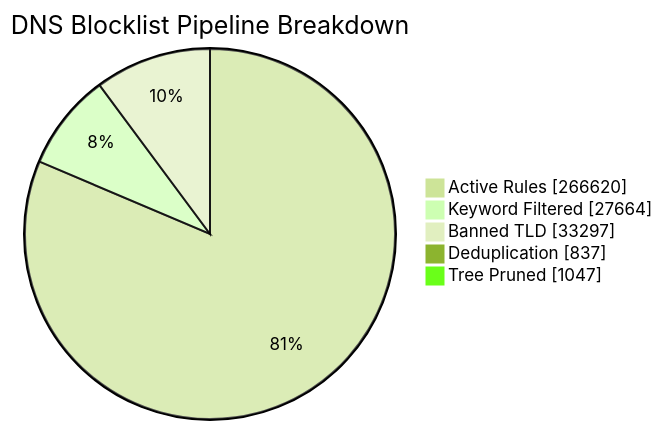
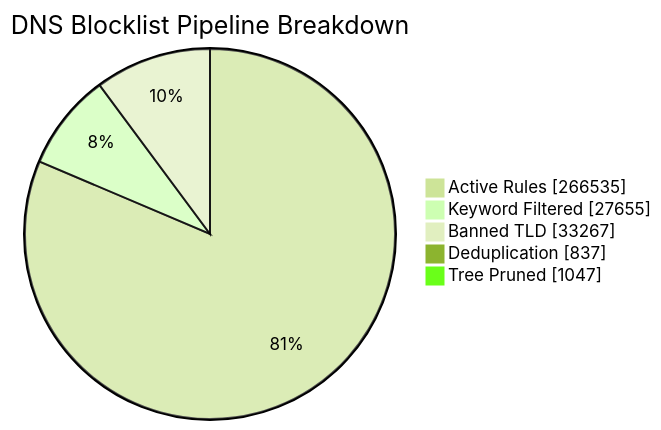
One commit to brojangles24/Cloudflare-ZeroTrust-AdBlock changed the first of 6 diagrams in README_STATS.md. Above: the diagram before and after it, drawn with Mermaid (forest theme). The commit also changed other lines of this file and 1 other file, not shown here.

````diff
--- a/README_STATS.md
+++ b/README_STATS.md
@@ -41,8 +41,8 @@
 ```mermaid
 pie showData title DNS Blocklist Pipeline Breakdown
-    "Active Rules"     : 266620
-    "Keyword Filtered" : 27664
-    "Banned TLD"       : 33297
+    "Active Rules"     : 266535
+    "Keyword Filtered" : 27655
+    "Banned TLD"       : 33267
     "Deduplication"    : 837
     "Tree Pruned"      : 1047
 ```
````
